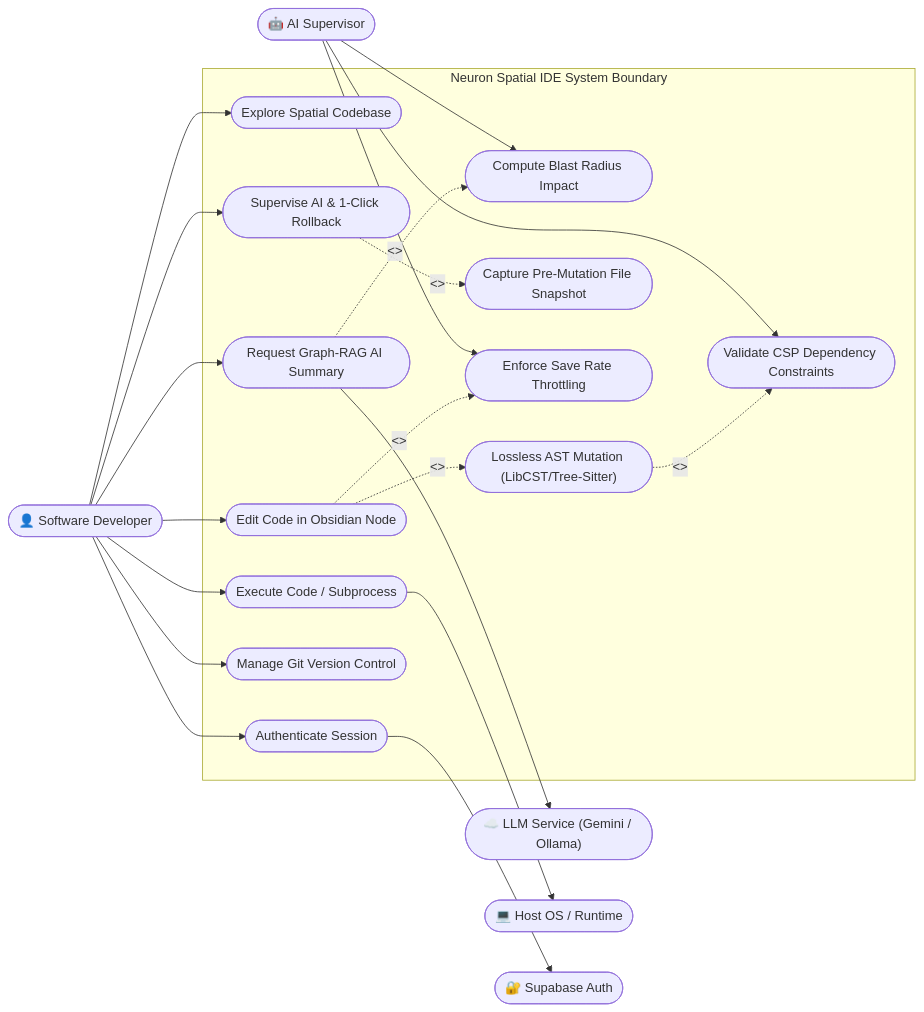
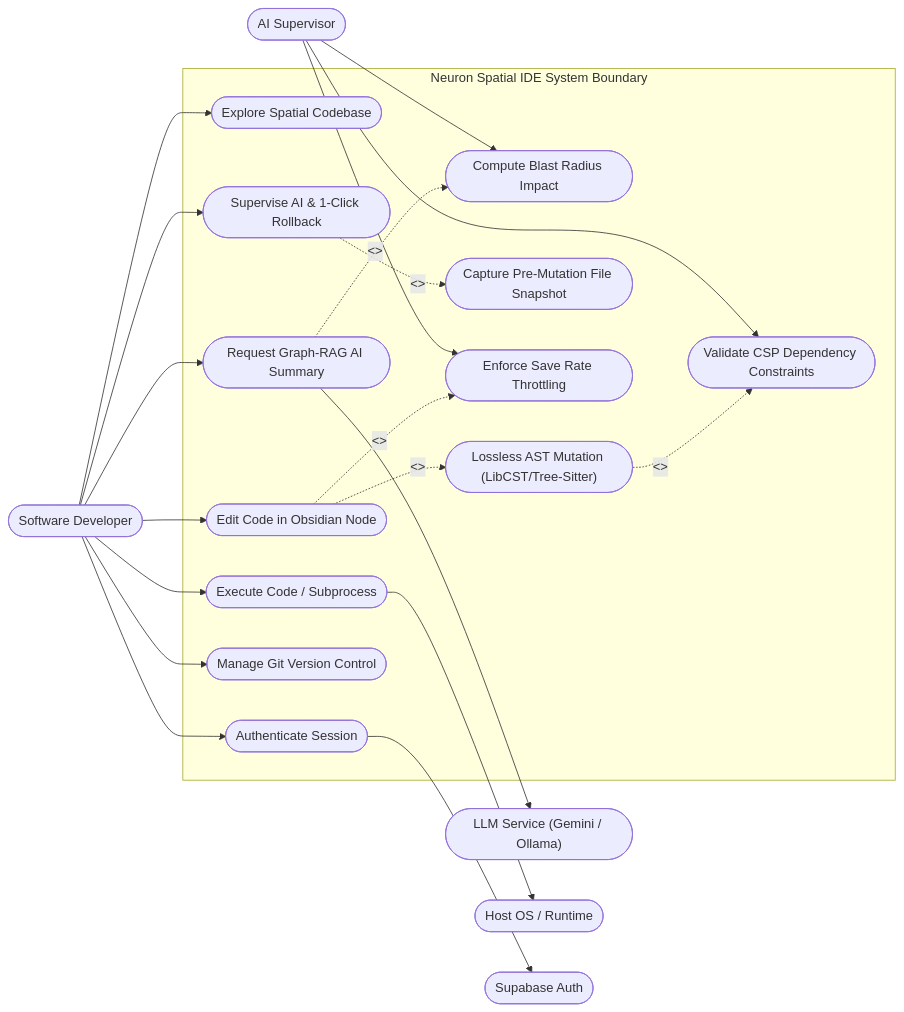
Before and after one commit to UnityNimit/Neuron: the first of 5 diagrams in docs/software_engineering/system_design_specification.md, drawn with Mermaid. The commit also changed other lines of this file and 10 other files, not shown here.

````diff
--- a/docs/software_engineering/system_design_specification.md
+++ b/docs/software_engineering/system_design_specification.md
@@ -34,48 +34,48 @@
 ```mermaid
 flowchart LR
-    Dev(["👤 Software Developer"])
-    Supervisor(["🤖 AI Supervisor"])
-    LLM(["☁️ LLM Service (Gemini / Ollama)"])
-    HostOS(["💻 Host OS / Runtime"])
-    Supabase(["🔐 Supabase Auth"])
+    Dev(["Software Developer"])
+    Supervisor(["AI Supervisor"])
+    LLM(["LLM Service (Gemini / Ollama)"])
+    HostOS(["Host OS / Runtime"])
+    Supabase(["Supabase Auth"])
 
     subgraph NeuronSystem ["Neuron Spatial IDE System Boundary"]
         UC1(["Explore Spatial Codebase"])
         UC2(["Edit Code in Obsidian Node"])
         UC3(["Execute Code / Subprocess"])
         UC4(["Request Graph-RAG AI Summary"])
         UC5(["Supervise AI & 1-Click Rollback"])
         UC6(["Manage Git Version Control"])
         UC7(["Authenticate Session"])
 
         UC8(["Compute Blast Radius Impact"])
         UC9(["Lossless AST Mutation (LibCST/Tree-Sitter)"])
         UC10(["Validate CSP Dependency Constraints"])
         UC11(["Capture Pre-Mutation File Snapshot"])
         UC12(["Enforce Save Rate Throttling"])
     end
 
     %% Actor Relationships
     Dev --> UC1
     Dev --> UC2
     Dev --> UC3
     Dev --> UC4
     Dev --> UC5
     Dev --> UC6
     Dev --> UC7
 
     Supervisor --> UC8
     Supervisor --> UC10
     Supervisor --> UC12
 
     UC4 --> LLM
     UC3 --> HostOS
     UC7 --> Supabase
 
     %% Include and Extend Relationships
     UC2 -.->|"<<include>>"| UC9
     UC9 -.->|"<<include>>"| UC10
     UC2 -.->|"<<extend>>"| UC12
     UC5 -.->|"<<include>>"| UC11
     UC4 -.->|"<<include>>"| UC8
 ```
````
